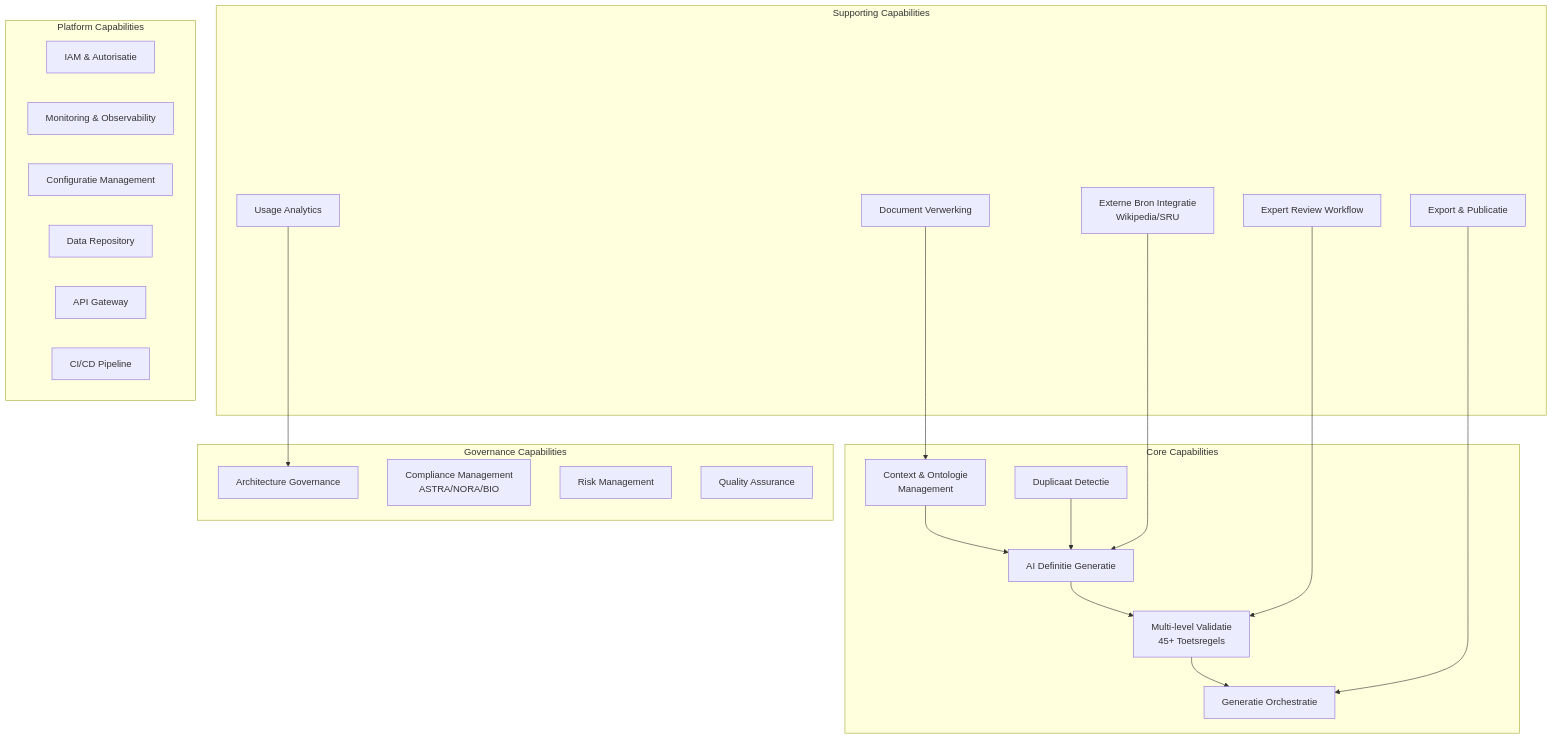
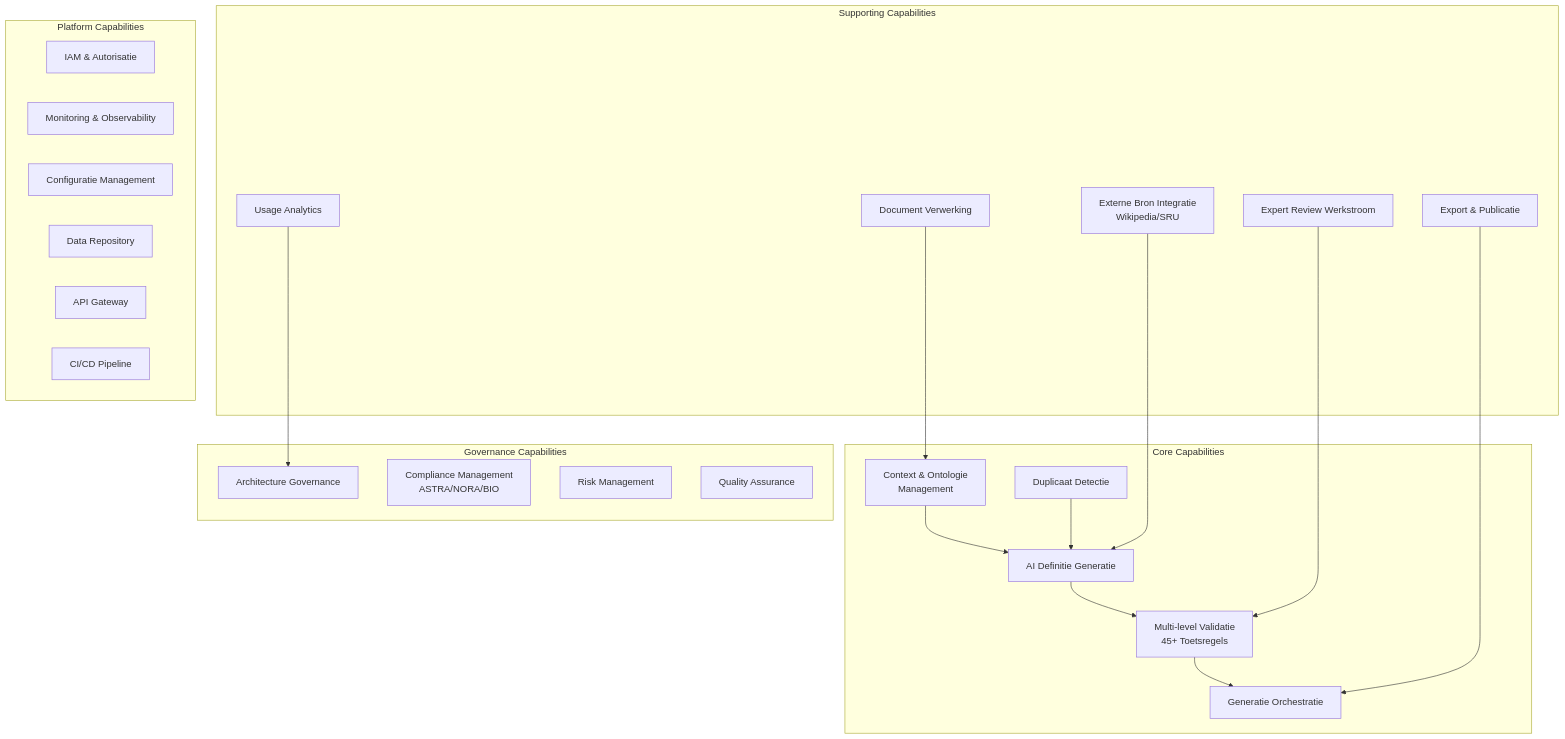
Before and after one commit to Chris-Lehnen-ICT-CONSULTING/Definitie-app-zakelijk: the first of 4 diagrams in docs/architectuur/ENTERPRISE_ARCHITECTURE.md, drawn with Mermaid. The commit also changed other lines of this file and 707 other files, not shown here.

````diff
--- a/docs/architectuur/ENTERPRISE_ARCHITECTURE.md
+++ b/docs/architectuur/ENTERPRISE_ARCHITECTURE.md
@@ -106,44 +111,44 @@
 ```mermaid
 graph TD
     subgraph "Core Capabilities"
         BC1[AI Definitie Generatie]
         BC2[Multi-level Validatie<br/>45+ Toetsregels]
         BC3[Context & Ontologie<br/>Management]
         BC4[Duplicaat Detectie]
         BC5[Generatie Orchestratie]
     end
 
     subgraph "Supporting Capabilities"
         BC6[Externe Bron Integratie<br/>Wikipedia/SRU]
         BC7[Document Verwerking]
-        BC8[Expert Review Workflow]
+        BC8[Expert Review Werkstroom]
         BC9[Export & Publicatie]
         BC10[Usage Analytics]
     end
 
     subgraph "Platform Capabilities"
         BC11[IAM & Autorisatie]
         BC12[Monitoring & Observability]
         BC13[Configuratie Management]
         BC14[Data Repository]
         BC15[API Gateway]
         BC16[CI/CD Pipeline]
     end
 
     subgraph "Governance Capabilities"
         BC17[Architecture Governance]
         BC18[Compliance Management<br/>ASTRA/NORA/BIO]
         BC19[Risk Management]
         BC20[Quality Assurance]
     end
 
     BC1 --> BC2
     BC2 --> BC5
     BC3 --> BC1
     BC4 --> BC1
     BC6 --> BC1
     BC7 --> BC3
     BC8 --> BC2
     BC9 --> BC5
     BC10 --> BC17
 ```
````
